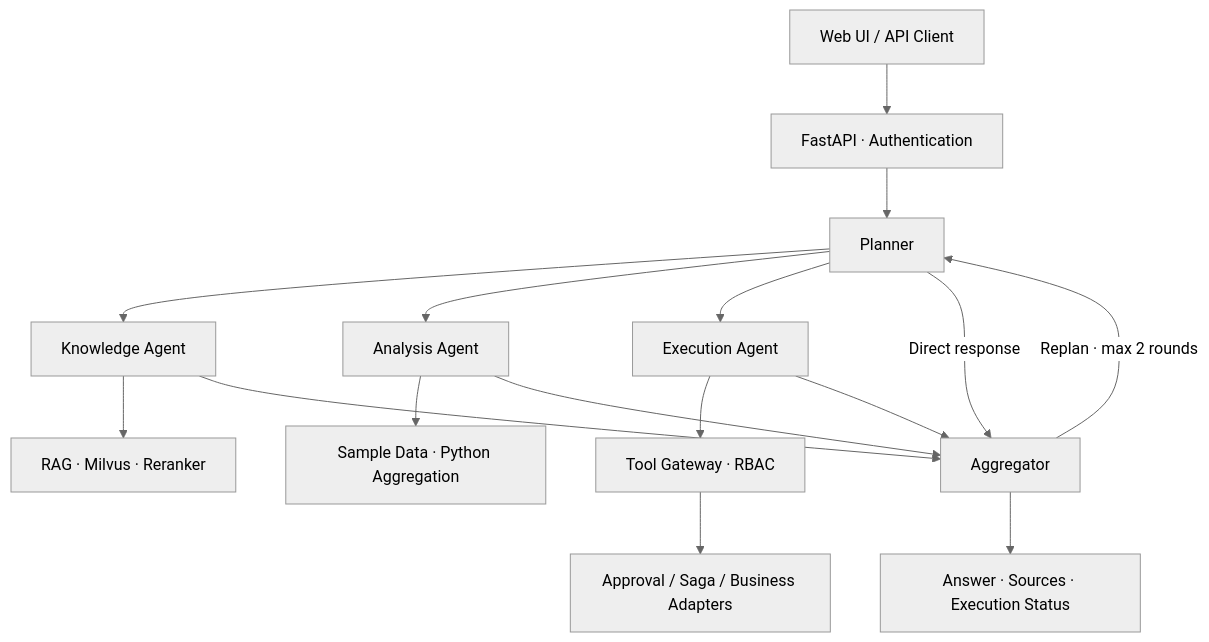
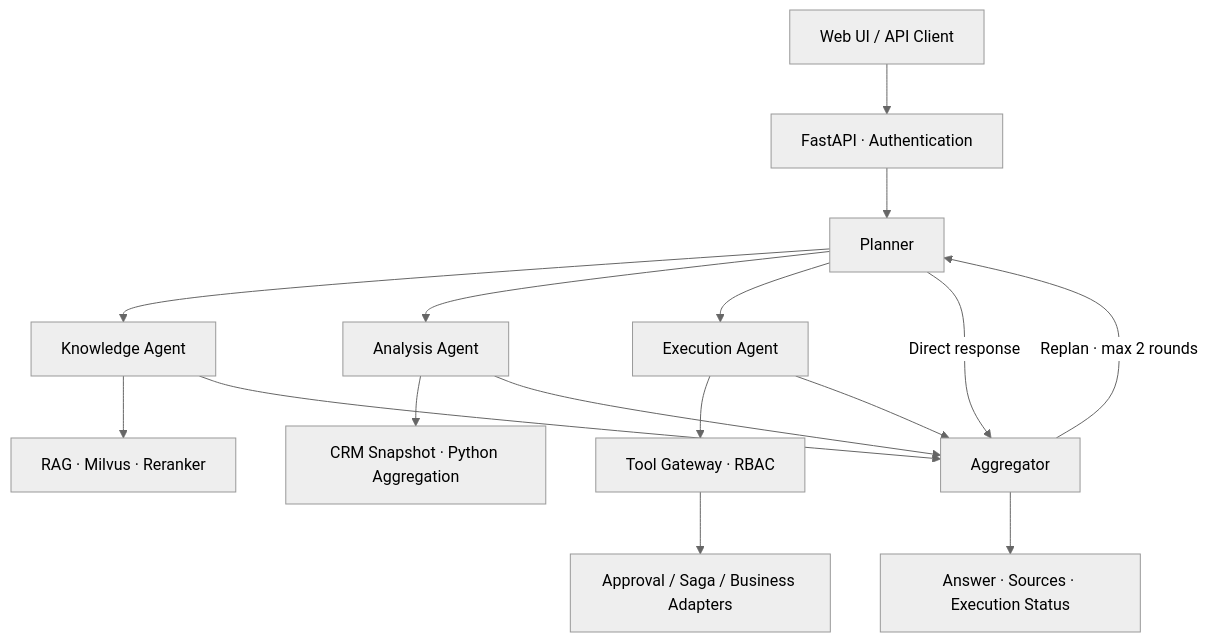
One commit to zhenkun26/BusinessAgent changed the diagram in README-en.md. Above: the diagram before and after it, drawn with Mermaid (neutral theme). The commit also changed other lines of this file and 27 other files, not shown here.

````diff
--- a/README-en.md
+++ b/README-en.md
@@ -82,22 +82,22 @@
 ```mermaid
 flowchart TD
     U[Web UI / API Client] --> API[FastAPI · Authentication]
     API --> P[Planner]
 
     P --> K[Knowledge Agent]
     P --> A[Analysis Agent]
     P --> E[Execution Agent]
     P -->|Direct response| G[Aggregator]
 
     K --> R[RAG · Milvus · Reranker]
-    A --> D[Sample Data · Python Aggregation]
+    A --> D[CRM Snapshot · Python Aggregation]
     E --> T[Tool Gateway · RBAC]
     T --> H[Approval / Saga / Business Adapters]
 
     K --> G
     A --> G
     E --> G
 
     G -->|Replan · max 2 rounds| P
     G --> O[Answer · Sources · Execution Status]
 ```
````
